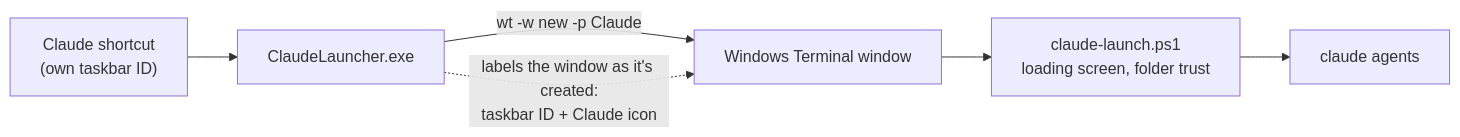
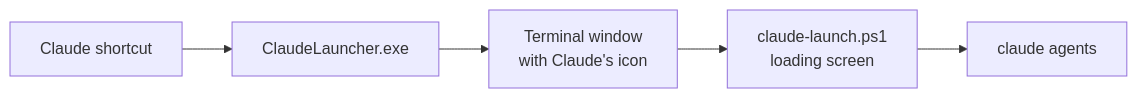
Before and after one commit to lucaslobasso/claude-launcher: the diagram in README.md, drawn with Mermaid.

Commit message:
README: simpler "How it works" diagram
The old diagram had two labelled arrows between the same boxes, which
overlapped. Now a single left-to-right chain with short labels and a wider
wrapping width so no box breaks mid-word. The numbered text below still
explains each step.

````diff
--- a/README.md
+++ b/README.md
@@ -72,8 +72,8 @@
 ```mermaid
+%%{init: {"flowchart": {"wrappingWidth": 400}}}%%
 flowchart LR
-    A["Claude shortcut<br/>(own taskbar ID)"] --> B["ClaudeLauncher.exe"]
-    B -- "wt -w new -p Claude" --> C["Windows Terminal window"]
-    B -. "labels the window as it's created:<br/>taskbar ID + Claude icon" .-> C
-    C --> D["claude-launch.ps1<br/>loading screen, folder trust"]
+    A["Claude shortcut"] --> B["ClaudeLauncher.exe"]
+    B --> C["Terminal window<br/>with Claude's icon"]
+    C --> D["claude-launch.ps1<br/>loading screen"]
     D --> E["claude agents"]
 ```
````
